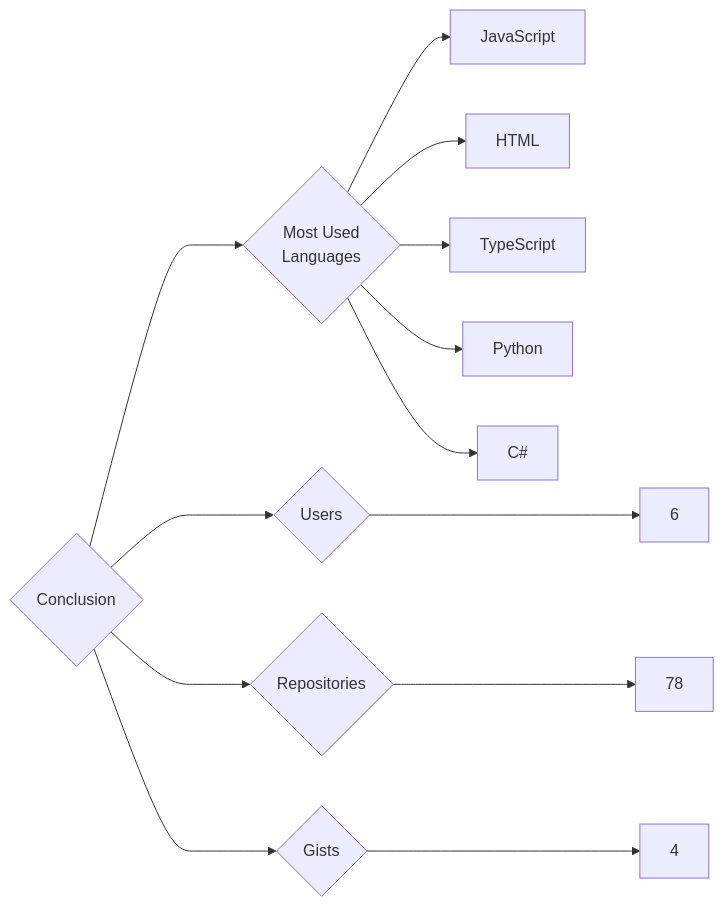
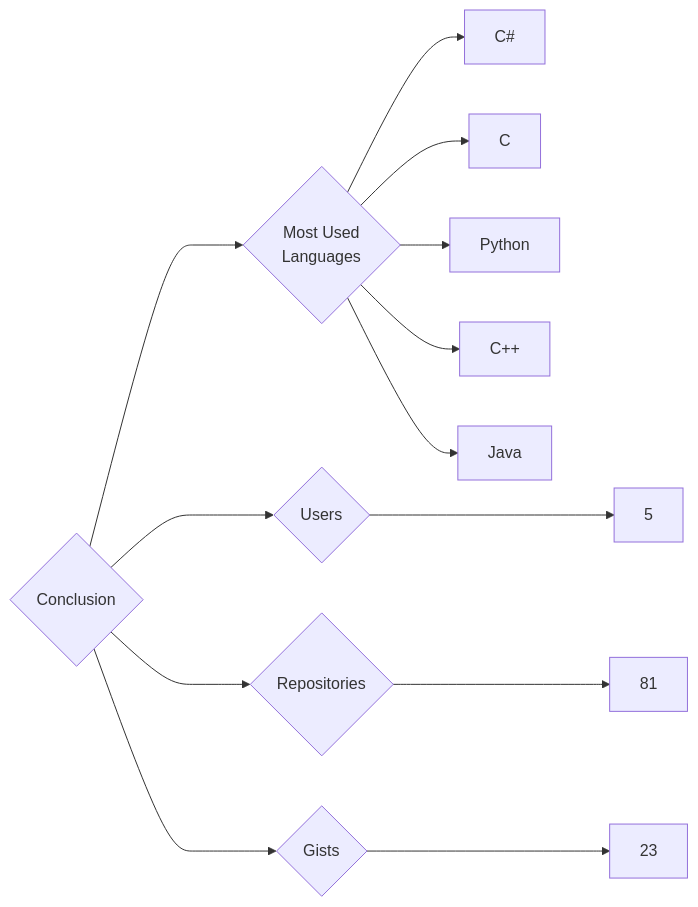
One commit to trickest/insiders changed the diagram in targets/Conclusion/README.md. Above: the diagram before and after it, drawn with Mermaid. The commit also changed 1088 other files, not shown here.

````diff
--- a/targets/Conclusion/README.md
+++ b/targets/Conclusion/README.md
@@ -3,13 +3,13 @@
 ```mermaid
 graph LR
 COMPANY_NAME{Conclusion}
-COMPANY_NAME ---> U{Users} ---> UN[6]
-COMPANY_NAME ---> R{Repositories} ---> RN[78]
-COMPANY_NAME ---> G{Gists} ---> GN[4]
+COMPANY_NAME ---> U{Users} ---> UN[5]
+COMPANY_NAME ---> R{Repositories} ---> RN[81]
+COMPANY_NAME ---> G{Gists} ---> GN[23]
 COMPANY_NAME ---> ML{Most Used<br>Languages}
-ML --> JavaScript[JavaScript]
-ML --> HTML[HTML]
-ML --> TypeScript[TypeScript]
+ML --> C#[C#]
+ML --> C[C]
 ML --> Python[Python]
-ML --> C#[C#]
+ML --> C++[C++]
+ML --> Java[Java]
 ```
````
